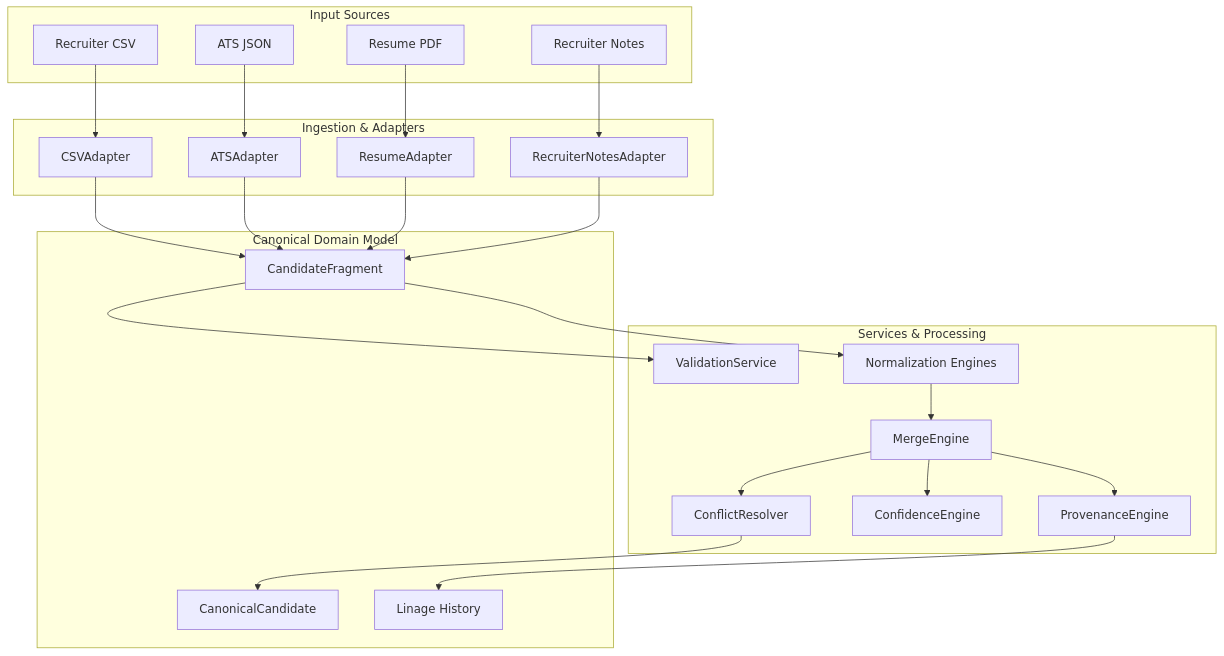
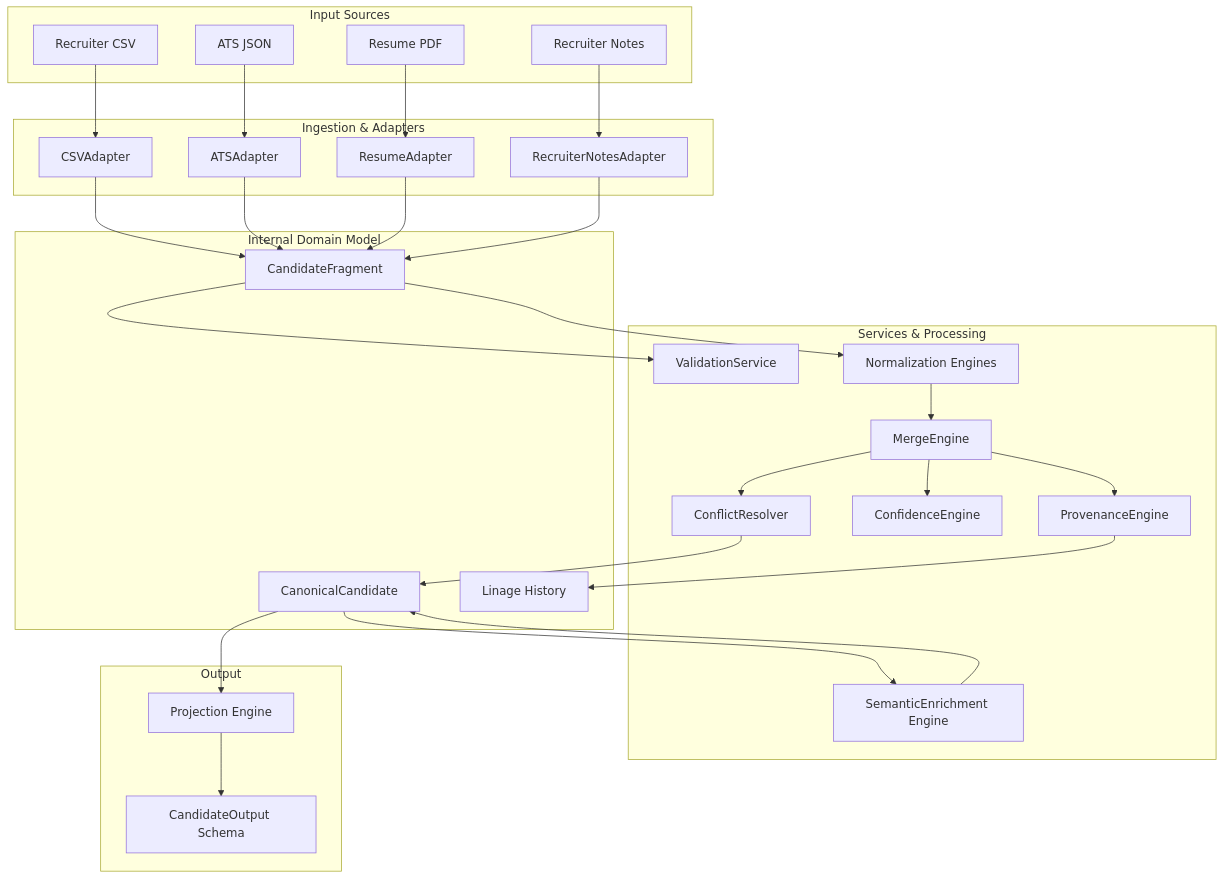
The diagram in docs/Architecture.md (ampere207/CandidateCore), drawn with Mermaid before and after one commit. The commit also changed other lines of this file and 2 other files, not shown here.

````diff
--- a/docs/Architecture.md
+++ b/docs/Architecture.md
@@ -9,50 +9,63 @@
 ```mermaid
 graph TD
     subgraph Input Sources
         CSV[Recruiter CSV]
         ATS[ATS JSON]
         PDF[Resume PDF]
         TXT[Recruiter Notes]
     end
 
     subgraph Ingestion & Adapters
         CSV_A[CSVAdapter]
         ATS_A[ATSAdapter]
         PDF_A[ResumeAdapter]
         TXT_A[RecruiterNotesAdapter]
     end
 
     subgraph Services & Processing
         V_S[ValidationService]
         N_S[Normalization Engines]
         M_E[MergeEngine]
         C_R[ConflictResolver]
         C_E[ConfidenceEngine]
         P_E[ProvenanceEngine]
+        S_E[SemanticEnrichment Engine]
     end
 
-    subgraph Canonical Domain Model
+    subgraph Internal Domain Model
         CF[CandidateFragment]
         CC[CanonicalCandidate]
         H[Linage History]
+    end
+    
+    subgraph Output
+        P_J[Projection Engine]
+        CO[CandidateOutput Schema]
     end
 
     CSV --> CSV_A
     ATS --> ATS_A
     PDF --> PDF_A
     TXT --> TXT_A
 
     CSV_A --> CF
     ATS_A --> CF
     PDF_A --> CF
     TXT_A --> CF
 
     CF --> V_S
     CF --> N_S
     N_S --> M_E
     M_E --> C_R
     M_E --> C_E
     M_E --> P_E
+    
     C_R --> CC
     P_E --> H
+    
+    CC --> S_E
+    S_E --> CC
+    
+    CC --> P_J
+    P_J --> CO
 ```
````
